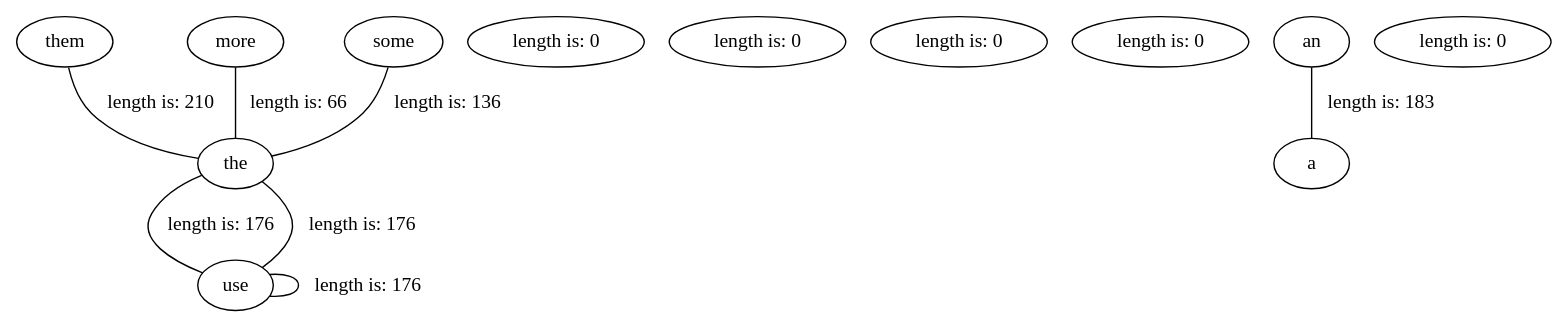
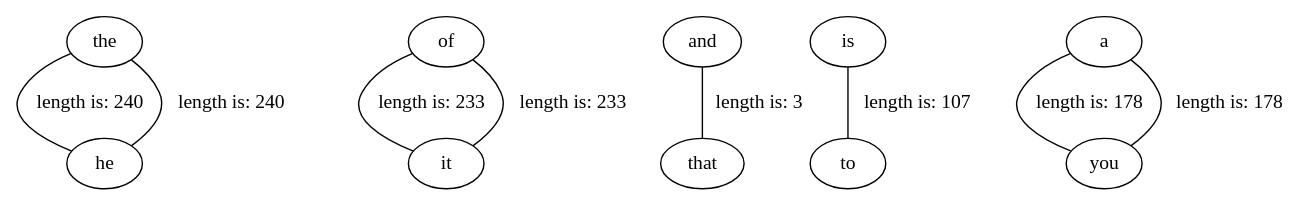
The diagram in P6_RMC170_Carlstrom/graph.dot (InvincibleRMC/CSDS233), drawn with Graphviz before and after one commit. The commit also changed 1 other file, not shown here.

```diff
--- a/P6_RMC170_Carlstrom/graph.dot
+++ b/P6_RMC170_Carlstrom/graph.dot
@@ -1,15 +1,12 @@
 // dot file of graph
 graph graphname {
-them -- the[label="length is: 210"]
-the -- use -- use[label="length is: 176"]
-use -- the[label="length is: 176"]
-more -- the[label="length is: 66"]
-and[label="length is: 0"]
-to[label="length is: 0"]
-is[label="length is: 0"]
-it[label="length is: 0"]
-some -- the[label="length is: 136"]
-an -- a[label="length is: 183"]
-you[label="length is: 0"]
+the -- he [label="length is: 240"]
+of -- it [label="length is: 233"]
+he -- the [label="length is: 240"]
+and -- that [label="length is: 3"]
+is -- to [label="length is: 107"]
+it -- of [label="length is: 233"]
+a -- you [label="length is: 178"]
+you -- a [label="length is: 178"]
 
 }
```
